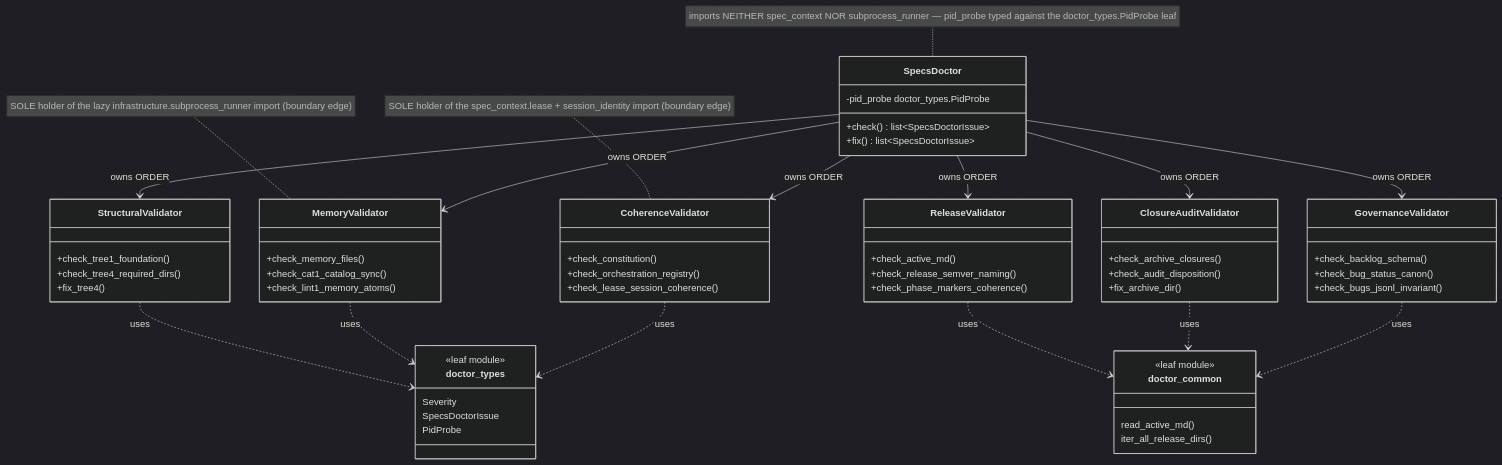
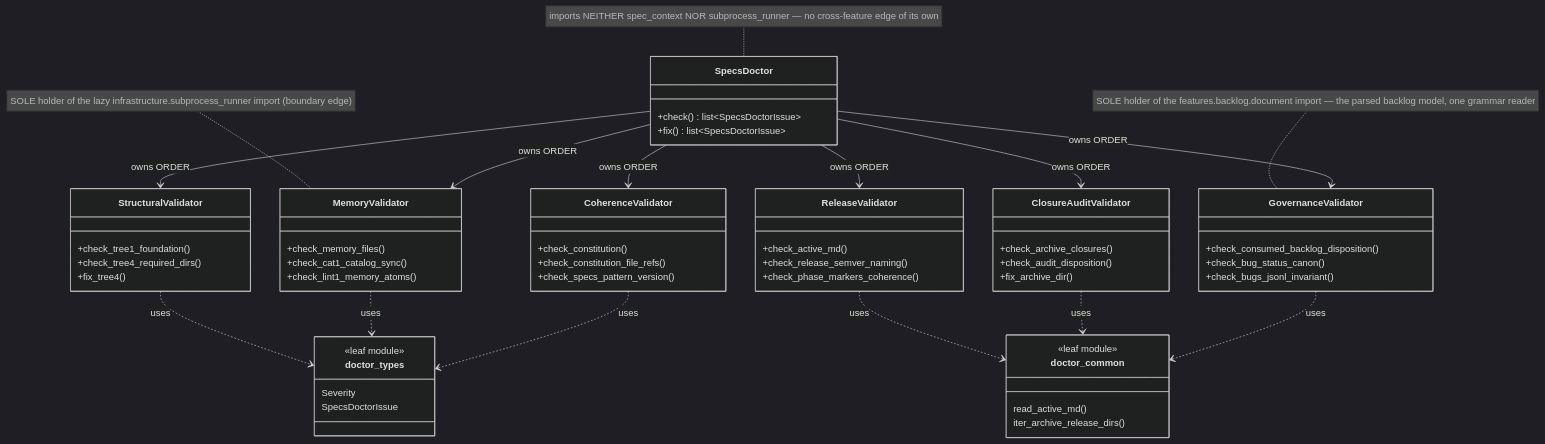
Before and after one commit to marcoaureliomenezes/dadaia-workspace: the diagram in specs/assets/architecture/doctor-decomposition.md, drawn with Mermaid (dark theme). The commit also changed other lines of this file and 101 other files, not shown here.

````diff
--- a/specs/assets/architecture/doctor-decomposition.md
+++ b/specs/assets/architecture/doctor-decomposition.md
@@ -16,66 +15,64 @@
 ```mermaid
 classDiagram
     class SpecsDoctor {
         +check() list~SpecsDoctorIssue~
         +fix() list~SpecsDoctorIssue~
-        -pid_probe doctor_types.PidProbe
     }
     class StructuralValidator {
         +check_tree1_foundation()
         +check_tree4_required_dirs()
         +fix_tree4()
     }
     class MemoryValidator {
         +check_memory_files()
         +check_cat1_catalog_sync()
         +check_lint1_memory_atoms()
     }
     class ReleaseValidator {
         +check_active_md()
         +check_release_semver_naming()
         +check_phase_markers_coherence()
     }
     class ClosureAuditValidator {
         +check_archive_closures()
         +check_audit_disposition()
         +fix_archive_dir()
     }
     class GovernanceValidator {
-        +check_backlog_schema()
+        +check_consumed_backlog_disposition()
         +check_bug_status_canon()
         +check_bugs_jsonl_invariant()
     }
     class CoherenceValidator {
         +check_constitution()
-        +check_orchestration_registry()
-        +check_lease_session_coherence()
+        +check_constitution_file_refs()
+        +check_specs_pattern_version()
     }
     class doctor_types {
         <<leaf module>>
         Severity
         SpecsDoctorIssue
-        PidProbe
     }
     class doctor_common {
         <<leaf module>>
         read_active_md()
-        iter_all_release_dirs()
+        iter_archive_release_dirs()
     }
 
     SpecsDoctor --> StructuralValidator : owns ORDER
     SpecsDoctor --> MemoryValidator : owns ORDER
     SpecsDoctor --> ReleaseValidator : owns ORDER
     SpecsDoctor --> ClosureAuditValidator : owns ORDER
     SpecsDoctor --> GovernanceValidator : owns ORDER
     SpecsDoctor --> CoherenceValidator : owns ORDER
     StructuralValidator ..> doctor_types : uses
     MemoryValidator ..> doctor_types : uses
     ReleaseValidator ..> doctor_common : uses
     ClosureAuditValidator ..> doctor_common : uses
     GovernanceValidator ..> doctor_common : uses
     CoherenceValidator ..> doctor_types : uses
 
-    note for CoherenceValidator "SOLE holder of the spec_context.lease + session_identity import (boundary edge)"
     note for MemoryValidator "SOLE holder of the lazy infrastructure.subprocess_runner import (boundary edge)"
-    note for SpecsDoctor "imports NEITHER spec_context NOR subprocess_runner — pid_probe typed against the doctor_types.PidProbe leaf"
+    note for GovernanceValidator "SOLE holder of the features.backlog.document import — the parsed backlog model, one grammar reader"
+    note for SpecsDoctor "imports NEITHER spec_context NOR subprocess_runner — no cross-feature edge of its own"
 ```
````
